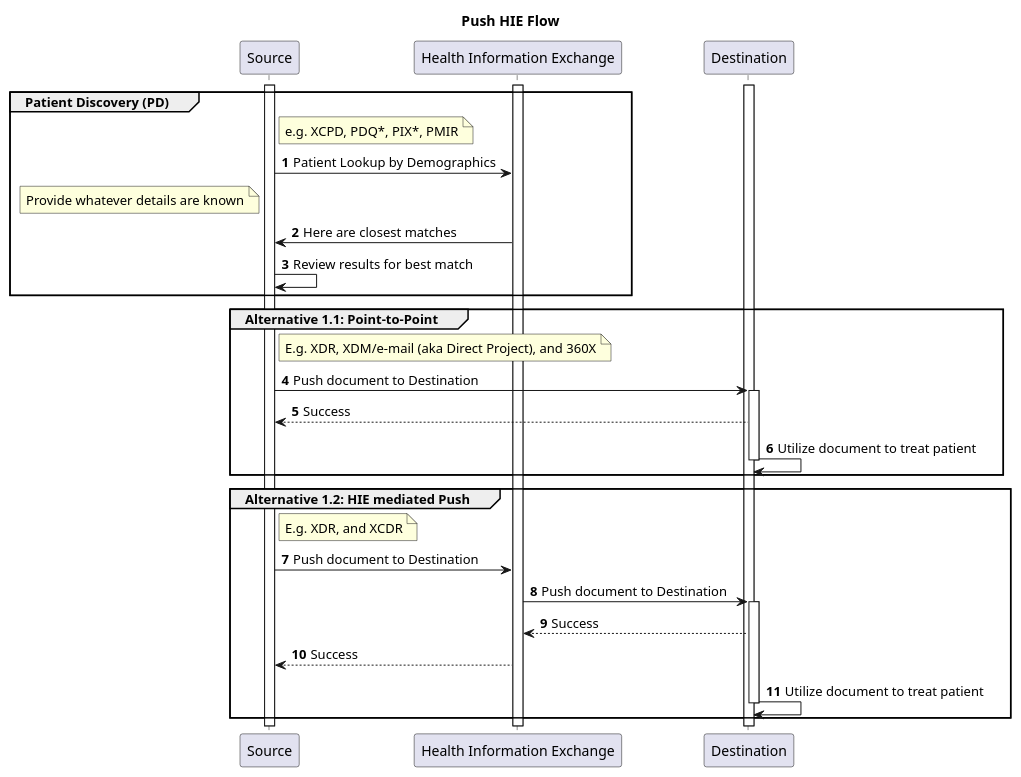
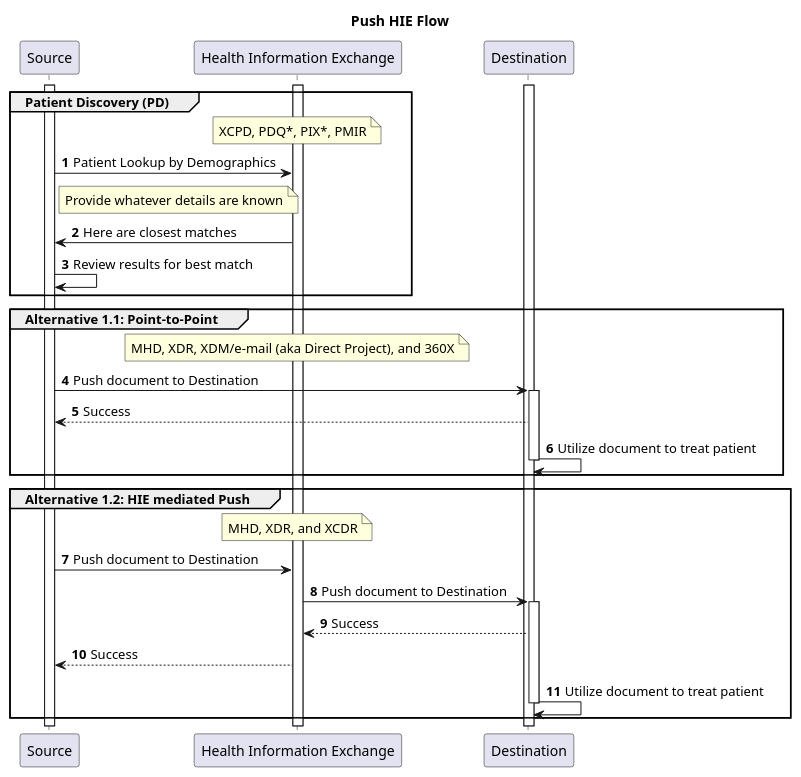
The diagram in input/images-source/push-processflow.plantuml (IHE/EMS-Overall), drawn with PlantUML before and after one commit. The commit also changed 3 other files, not shown here.

Commit message:
clean and simplify diagrams

```diff
--- a/input/images-source/push-processflow.plantuml
+++ b/input/images-source/push-processflow.plantuml
@@ -1,38 +1,38 @@
 @startuml
 skinparam svgDimensionStyle false
 title Push HIE Flow
 participant "Source" as Source
 participant "Health Information Exchange" as HIE [[https://profiles.ihe.net/ITI/HIE-Whitepaper/index.html HIE-Whitepaper]]
 participant "Destination" as Destination
 autonumber
 activate Source
 activate HIE
 activate Destination
 
 group Patient Discovery (PD)
-note right of Source: e.g. XCPD, PDQ*, PIX*, PMIR
+note over HIE: XCPD, PDQ*, PIX*, PMIR
     Source -> HIE: Patient Lookup by Demographics
-    Note left of Source: Provide whatever details are known
+    Note right of Source: Provide whatever details are known
     Source <- HIE: Here are closest matches
     Source -> Source: Review results for best match
 end group
 
 group Alternative 1.1: Point-to-Point 
-note right of Source: E.g. XDR, XDM/e-mail (aka Direct Project), and 360X
+note over HIE: MHD, XDR, XDM/e-mail (aka Direct Project), and 360X
     Source -> Destination: Push document to Destination
     activate Destination
     Source <-- Destination: Success
     Destination -> Destination: Utilize document to treat patient
     deactivate Destination
 end group
 group Alternative 1.2: HIE mediated Push
-note right of Source: E.g. XDR, and XCDR
+note over HIE:  MHD, XDR, and XCDR
     Source -> HIE: Push document to Destination
     HIE -> Destination: Push document to Destination
     activate Destination
     HIE <-- Destination: Success
     Source <-- HIE: Success
     Destination -> Destination: Utilize document to treat patient
     deactivate Destination
 end group
 @enduml
```
